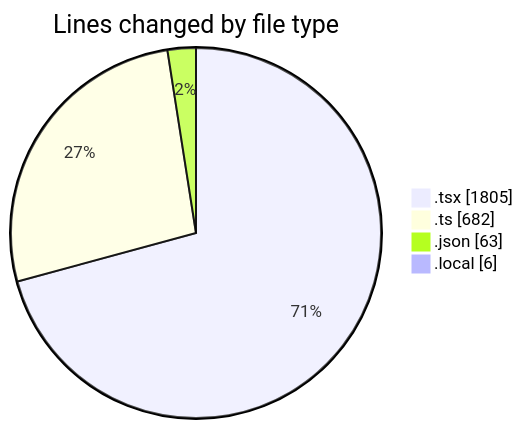
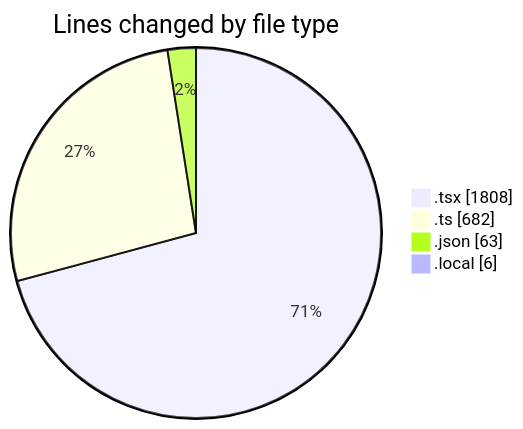
The first of 2 diagrams in 2025-10-21/eventscop-frontend-guide__workspace_/README.md (julien-gomy/code-tracking), drawn with Mermaid before and after one commit. The commit also changed other lines of this file and 1 other file, not shown here.

````diff
--- a/2025-10-21/eventscop-frontend-guide__workspace_/README.md
+++ b/2025-10-21/eventscop-frontend-guide__workspace_/README.md
@@ -48,8 +48,8 @@
 ```mermaid
 pie showData
 title Lines changed by file type
-".tsx" : 1805
+".tsx" : 1808
 ".ts" : 682
 ".json" : 63
 ".local" : 6
 ```
````
